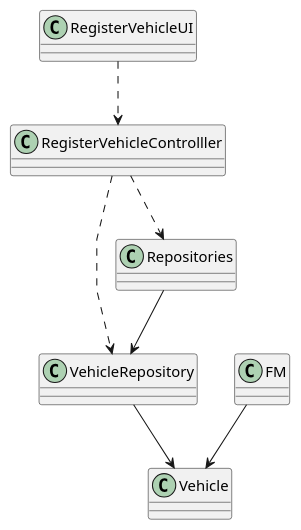
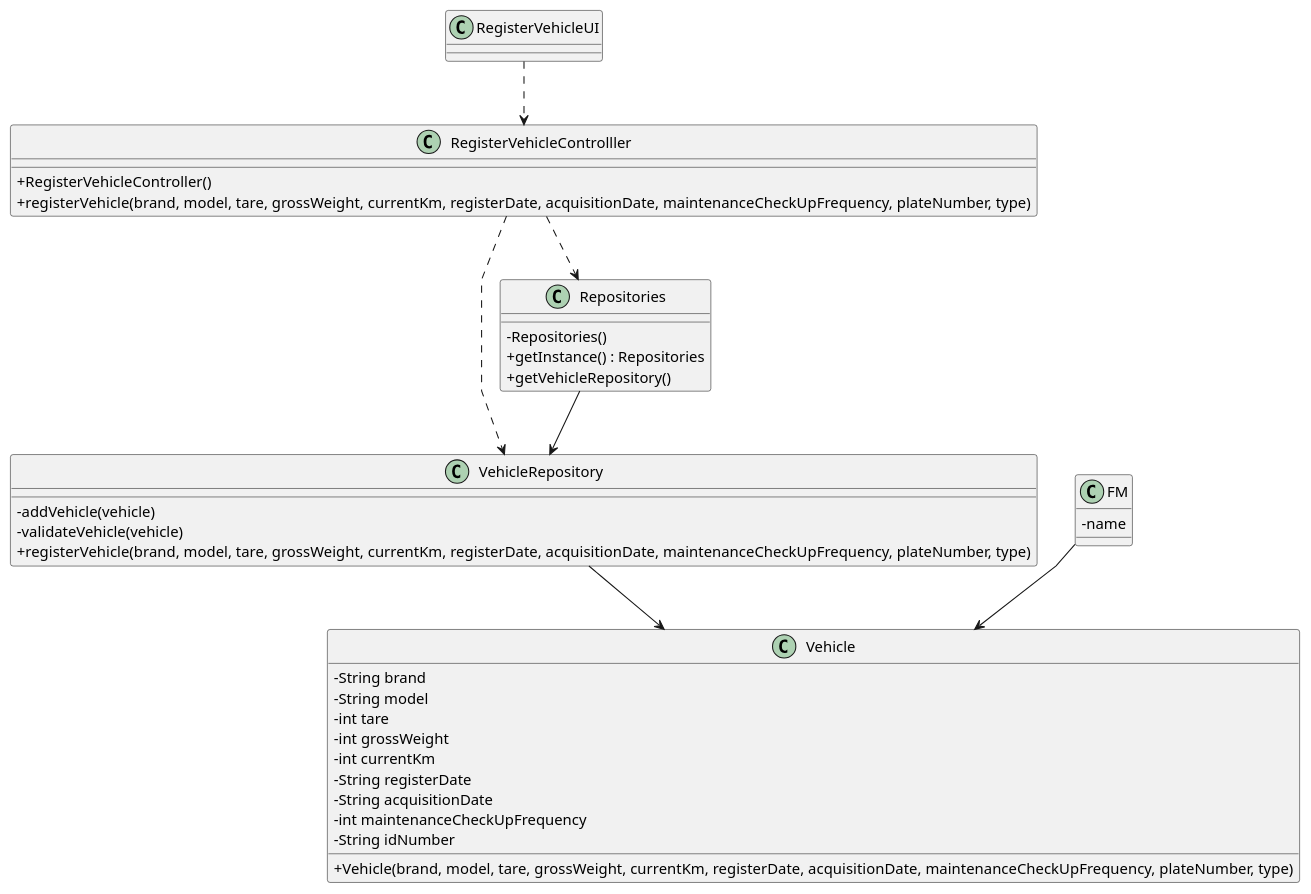
Before and after one commit to daniel41silva05/ISEP_2023_2024_LAPR2: the diagram in docs/sprintA&B/us006/03.design/puml/us006-class-diagram.puml, drawn with PlantUML. The commit also changed 1 other file, not shown here.

Commit message:
ED-20 US06 - update Class Diagram

```diff
--- a/docs/sprintA&B/us006/03.design/puml/us006-class-diagram.puml
+++ b/docs/sprintA&B/us006/03.design/puml/us006-class-diagram.puml
@@ -1,43 +1,58 @@
 @startuml
 'skinparam monochrome true
 skinparam packageStyle rectangle
 skinparam shadowing false
 skinparam linetype polyline
 'skinparam linetype orto
 
 skinparam classAttributeIconSize 0
 
 'left to right direction
 
 class RegisterVehicleUI {
 
 }
 
 class RegisterVehicleControlller {
-
+    +RegisterVehicleController()
+    +registerVehicle(brand, model, tare, grossWeight, currentKm, registerDate, acquisitionDate, maintenanceCheckUpFrequency, plateNumber, type)
 }
 
 class VehicleRepository {
-
+    -addVehicle(vehicle)
+    -validateVehicle(vehicle)
+    +registerVehicle(brand, model, tare, grossWeight, currentKm, registerDate, acquisitionDate, maintenanceCheckUpFrequency, plateNumber, type)
 }
 
 class Vehicle {
+    -String brand
+    -String model
+    -int tare
+    -int grossWeight
+    -int currentKm
+    -String registerDate
+    -String acquisitionDate
+    -int maintenanceCheckUpFrequency
+    -String idNumber
+    +Vehicle(brand, model, tare, grossWeight, currentKm, registerDate, acquisitionDate, maintenanceCheckUpFrequency, plateNumber, type)
 
 }
 
 class FM {
-
+    - name
 }
 
 class Repositories {
-
+    - Repositories()
+    + getInstance() : Repositories
+    + getVehicleRepository()
 }
 
 RegisterVehicleUI ..> RegisterVehicleControlller
 RegisterVehicleControlller ..> Repositories
 RegisterVehicleControlller ..> VehicleRepository
 VehicleRepository --> Vehicle
 FM --> Vehicle
 Repositories --> VehicleRepository
 
 @enduml
```
